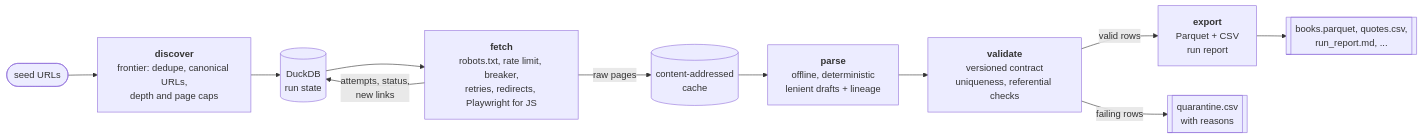
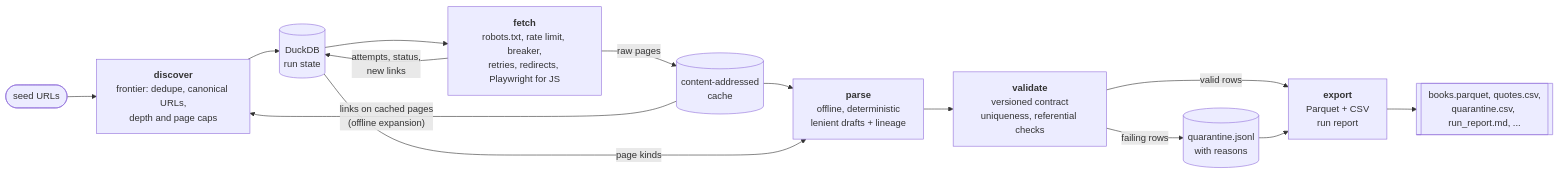
The first of 2 diagrams in README.md (TTB8/resilient-scraping-pipeline), drawn with Mermaid before and after one commit. The commit also changed other lines of this file and 6 other files, not shown here.

````diff
--- a/README.md
+++ b/README.md
@@ -37,13 +37,16 @@
 ```mermaid
 flowchart LR
     seeds([seed URLs]) --> discover
     discover["<b>discover</b><br/>frontier: dedupe, canonical URLs,<br/>depth and page caps"] --> state[(DuckDB<br/>run state)]
     state --> fetch["<b>fetch</b><br/>robots.txt, rate limit, breaker,<br/>retries, redirects, Playwright for JS"]
     fetch -- "raw pages" --> cache[(content-addressed<br/>cache)]
     fetch -- "attempts, status,<br/>new links" --> state
+    cache -- "links on cached pages<br/>(offline expansion)" --> discover
     cache --> parse["<b>parse</b><br/>offline, deterministic<br/>lenient drafts + lineage"]
+    state -- "page kinds" --> parse
     parse --> validate["<b>validate</b><br/>versioned contract<br/>uniqueness, referential checks"]
-    validate -- valid rows --> export["<b>export</b><br/>Parquet + CSV<br/>run report"]
-    validate -- failing rows --> quarantine[[quarantine.csv<br/>with reasons]]
-    export --> deliverables[[books.parquet, quotes.csv,<br/>run_report.md, ...]]
+    validate -- "valid rows" --> export["<b>export</b><br/>Parquet + CSV<br/>run report"]
+    validate -- "failing rows" --> quarantine[(quarantine.jsonl<br/>with reasons)]
+    quarantine --> export
+    export --> deliverables[[books.parquet, quotes.csv,<br/>quarantine.csv, run_report.md, ...]]
 ```
````
